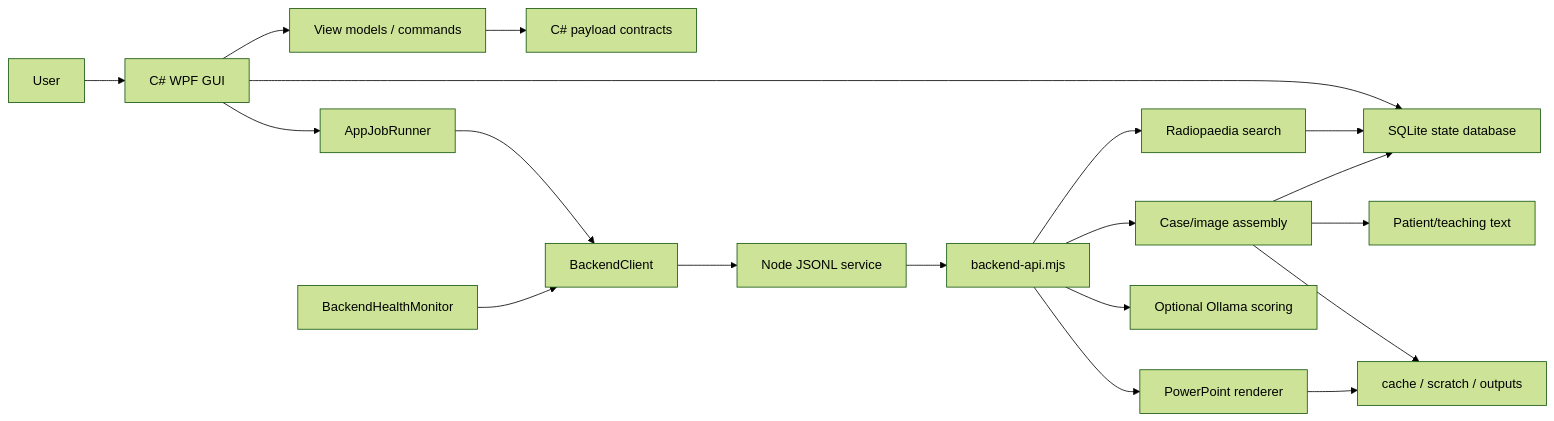
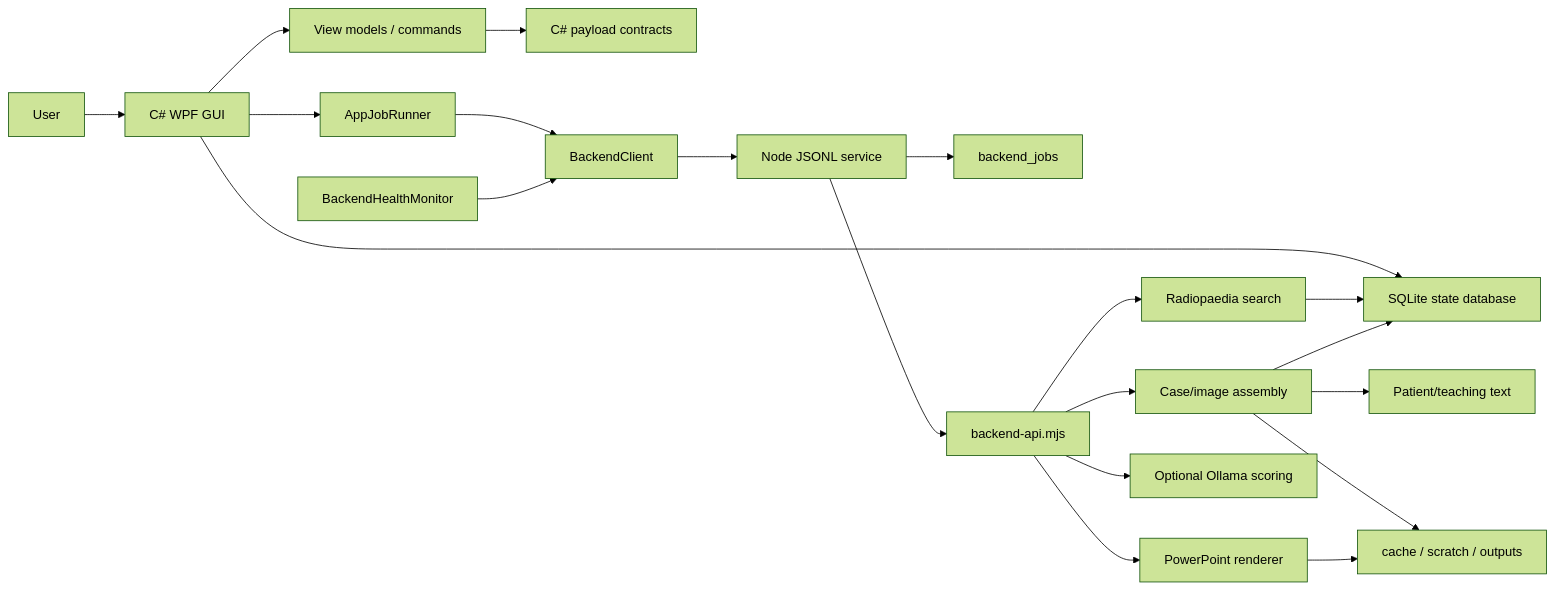
The first of 2 diagrams in docs/ARCHITECTURE.md (funwithcthulhu/radiology-ppt), drawn with Mermaid (forest theme) before and after one commit. The commit also changed other lines of this file and 11 other files, not shown here.

````diff
--- a/docs/ARCHITECTURE.md
+++ b/docs/ARCHITECTURE.md
@@ -5,38 +5,40 @@
 ```mermaid
 flowchart LR
   User["User"]
   WPF["C# WPF GUI"]
   VM["View models / commands"]
   Jobs["AppJobRunner"]
   Storage["SQLite state database"]
   Contracts["C# payload contracts"]
   Client["BackendClient"]
   Health["BackendHealthMonitor"]
+  JobRows["backend_jobs"]
   Service["Node JSONL service"]
   API["backend-api.mjs"]
   Search["Radiopaedia search"]
   Fetch["Case/image assembly"]
   Text["Patient/teaching text"]
   PPT["PowerPoint renderer"]
   Ollama["Optional Ollama scoring"]
   Files["cache / scratch / outputs"]
 
   User --> WPF
   WPF --> VM
   WPF --> Jobs
   WPF --> Storage
   VM --> Contracts
   Jobs --> Client
   Health --> Client
   Client --> Service
   Service --> API
   API --> Search
   API --> Fetch
   Fetch --> Text
   API --> PPT
   API --> Ollama
   Search --> Storage
   Fetch --> Storage
+  Service --> JobRows
   Fetch --> Files
   PPT --> Files
 ```
````
